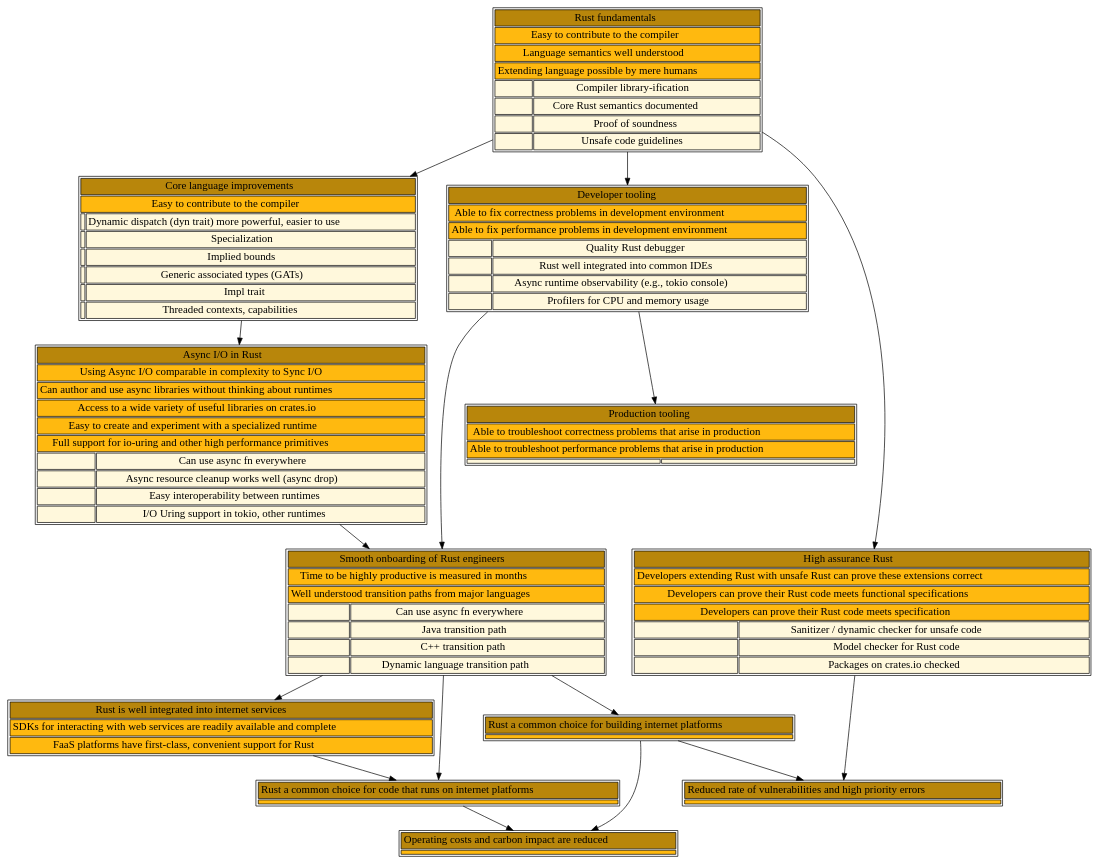
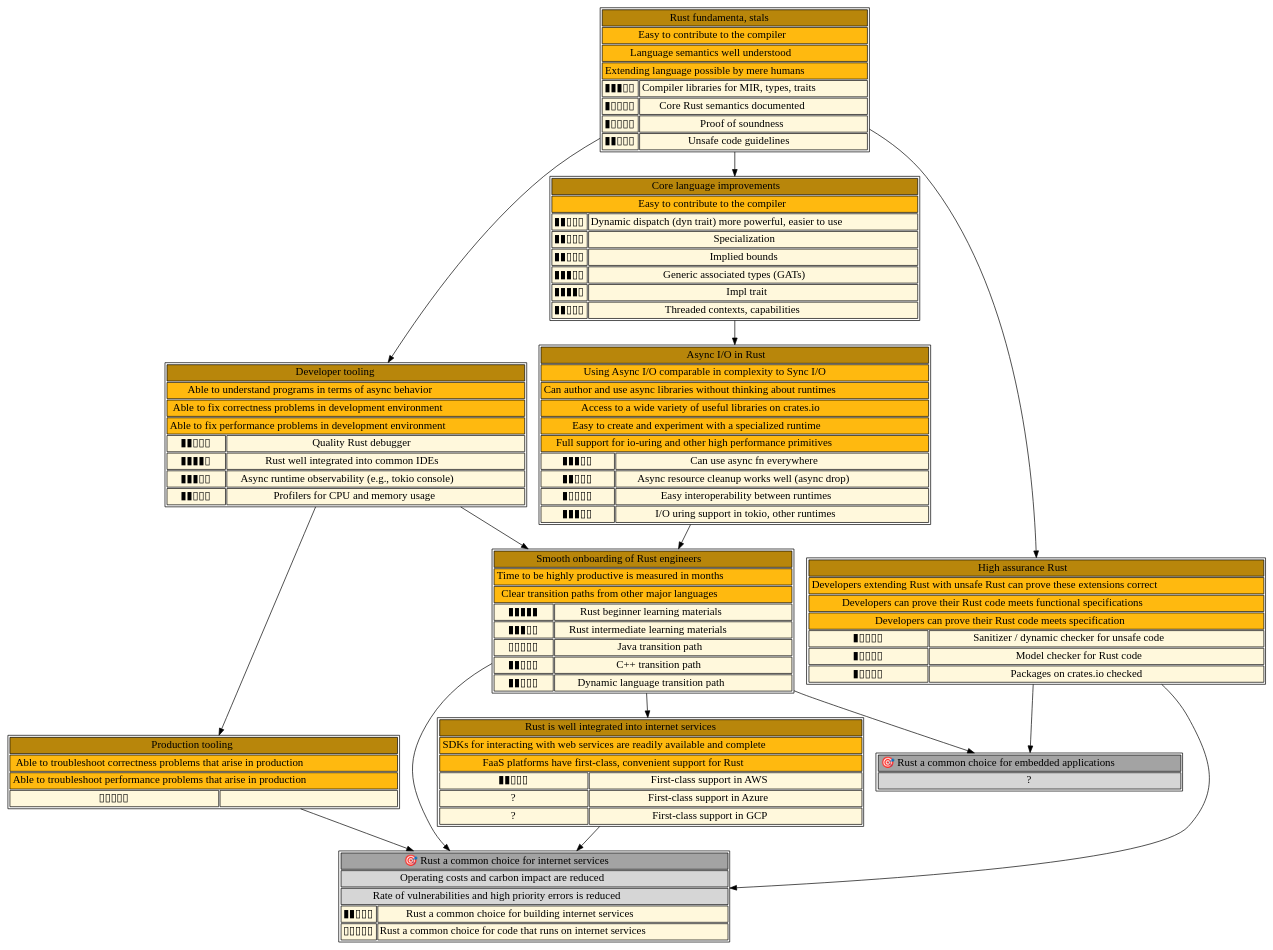
One commit to nikomatsakis/rust-skill-tree changed the diagram in rvd.dot. Above: the diagram before and after it, drawn with Graphviz. The commit also changed 2 other files, not shown here.

```diff
--- a/rvd.dot
+++ b/rvd.dot
@@ -1,154 +1,145 @@
 digraph g {
 graph [ rankdir = "TD" ];
 node [ fontsize="16", shape = "ellipse" ];
 edge [ ];
 "fundamentals" [
   label = <<table>
-    <tr><td bgcolor="darkgoldenrod" colspan="2">Rust fundamentals</td></tr>
+    <tr><td bgcolor="darkgoldenrod" colspan="2">Rust fundamenta, stals</td></tr>
     <tr><td bgcolor="darkgoldenrod1" colspan="2">Easy to contribute to the compiler</td></tr>
     <tr><td bgcolor="darkgoldenrod1" colspan="2">Language semantics well understood</td></tr>
     <tr><td bgcolor="darkgoldenrod1" colspan="2">Extending language possible by mere humans</td></tr>
-    <tr><td bgcolor="cornsilk"></td><td bgcolor="cornsilk">Compiler library-ification</td></tr>
-    <tr><td bgcolor="cornsilk"></td><td bgcolor="cornsilk">Core Rust semantics documented</td></tr>
-    <tr><td bgcolor="cornsilk"></td><td bgcolor="cornsilk">Proof of soundness</td></tr>
-    <tr><td bgcolor="cornsilk"></td><td bgcolor="cornsilk">Unsafe code guidelines</td></tr>
+    <tr><td bgcolor="cornsilk">▮▮▮▯▯</td><td bgcolor="cornsilk">Compiler libraries for MIR, types, traits</td></tr>
+    <tr><td bgcolor="cornsilk">▮▯▯▯▯</td><td bgcolor="cornsilk">Core Rust semantics documented</td></tr>
+    <tr><td bgcolor="cornsilk">▮▯▯▯▯</td><td bgcolor="cornsilk">Proof of soundness</td></tr>
+    <tr><td bgcolor="cornsilk">▮▮▯▯▯</td><td bgcolor="cornsilk">Unsafe code guidelines</td></tr>
   </table>>
   shape = "none"
   margin = 0
 ]
 "core-lang" [
   label = <<table>
     <tr><td bgcolor="darkgoldenrod" colspan="2">Core language improvements</td></tr>
     <tr><td bgcolor="darkgoldenrod1" colspan="2">Easy to contribute to the compiler</td></tr>
-    <tr><td bgcolor="cornsilk"></td><td bgcolor="cornsilk">Dynamic dispatch (dyn trait) more powerful, easier to use</td></tr>
-    <tr><td bgcolor="cornsilk"></td><td bgcolor="cornsilk">Specialization</td></tr>
-    <tr><td bgcolor="cornsilk"></td><td bgcolor="cornsilk">Implied bounds</td></tr>
-    <tr><td bgcolor="cornsilk"></td><td bgcolor="cornsilk">Generic associated types (GATs)</td></tr>
-    <tr><td bgcolor="cornsilk"></td><td bgcolor="cornsilk">Impl trait</td></tr>
-    <tr><td bgcolor="cornsilk"></td><td bgcolor="cornsilk">Threaded contexts, capabilities</td></tr>
+    <tr><td bgcolor="cornsilk">▮▮▯▯▯</td><td bgcolor="cornsilk">Dynamic dispatch (dyn trait) more powerful, easier to use</td></tr>
+    <tr><td bgcolor="cornsilk">▮▮▯▯▯</td><td bgcolor="cornsilk">Specialization</td></tr>
+    <tr><td bgcolor="cornsilk">▮▮▯▯▯</td><td bgcolor="cornsilk">Implied bounds</td></tr>
+    <tr><td bgcolor="cornsilk">▮▮▮▯▯</td><td bgcolor="cornsilk">Generic associated types (GATs)</td></tr>
+    <tr><td bgcolor="cornsilk">▮▮▮▮▯</td><td bgcolor="cornsilk">Impl trait</td></tr>
+    <tr><td bgcolor="cornsilk">▮▮▯▯▯</td><td bgcolor="cornsilk">Threaded contexts, capabilities</td></tr>
   </table>>
   shape = "none"
   margin = 0
 ]
 "async-lang" [
   label = <<table>
     <tr><td bgcolor="darkgoldenrod" colspan="2">Async I/O in Rust</td></tr>
     <tr><td bgcolor="darkgoldenrod1" colspan="2">Using Async I/O comparable in complexity to Sync I/O</td></tr>
     <tr><td bgcolor="darkgoldenrod1" colspan="2">Can author and use async libraries without thinking about runtimes</td></tr>
     <tr><td bgcolor="darkgoldenrod1" colspan="2">Access to a wide variety of useful libraries on crates.io</td></tr>
     <tr><td bgcolor="darkgoldenrod1" colspan="2">Easy to create and experiment with a specialized runtime</td></tr>
     <tr><td bgcolor="darkgoldenrod1" colspan="2">Full support for io-uring and other high performance primitives</td></tr>
-    <tr><td bgcolor="cornsilk"></td><td bgcolor="cornsilk">Can use async fn everywhere</td></tr>
-    <tr><td bgcolor="cornsilk"></td><td bgcolor="cornsilk">Async resource cleanup works well (async drop)</td></tr>
-    <tr><td bgcolor="cornsilk"></td><td bgcolor="cornsilk">Easy interoperability between runtimes</td></tr>
-    <tr><td bgcolor="cornsilk"></td><td bgcolor="cornsilk">I/O Uring support in tokio, other runtimes</td></tr>
+    <tr><td bgcolor="cornsilk">▮▮▮▯▯</td><td bgcolor="cornsilk">Can use async fn everywhere</td></tr>
+    <tr><td bgcolor="cornsilk">▮▮▯▯▯</td><td bgcolor="cornsilk">Async resource cleanup works well (async drop)</td></tr>
+    <tr><td bgcolor="cornsilk">▮▯▯▯▯</td><td bgcolor="cornsilk">Easy interoperability between runtimes</td></tr>
+    <tr><td bgcolor="cornsilk">▮▮▮▯▯</td><td bgcolor="cornsilk">I/O uring support in tokio, other runtimes</td></tr>
   </table>>
   shape = "none"
   margin = 0
 ]
 "onboarding-time" [
   label = <<table>
     <tr><td bgcolor="darkgoldenrod" colspan="2">Smooth onboarding of Rust engineers</td></tr>
     <tr><td bgcolor="darkgoldenrod1" colspan="2">Time to be highly productive is measured in months</td></tr>
-    <tr><td bgcolor="darkgoldenrod1" colspan="2">Well understood transition paths from major languages</td></tr>
-    <tr><td bgcolor="cornsilk"></td><td bgcolor="cornsilk">Can use async fn everywhere</td></tr>
-    <tr><td bgcolor="cornsilk"></td><td bgcolor="cornsilk">Java transition path</td></tr>
-    <tr><td bgcolor="cornsilk"></td><td bgcolor="cornsilk">C++ transition path</td></tr>
-    <tr><td bgcolor="cornsilk"></td><td bgcolor="cornsilk">Dynamic language transition path</td></tr>
+    <tr><td bgcolor="darkgoldenrod1" colspan="2">Clear transition paths from other major languages</td></tr>
+    <tr><td bgcolor="cornsilk">▮▮▮▮▮</td><td bgcolor="cornsilk">Rust beginner learning materials</td></tr>
+    <tr><td bgcolor="cornsilk">▮▮▮▯▯</td><td bgcolor="cornsilk">Rust intermediate learning materials</td></tr>
+    <tr><td bgcolor="cornsilk">▯▯▯▯▯</td><td bgcolor="cornsilk">Java transition path</td></tr>
+    <tr><td bgcolor="cornsilk">▮▮▯▯▯</td><td bgcolor="cornsilk">C++ transition path</td></tr>
+    <tr><td bgcolor="cornsilk">▮▮▯▯▯</td><td bgcolor="cornsilk">Dynamic language transition path</td></tr>
   </table>>
   shape = "none"
   margin = 0
 ]
 "dev-tooling" [
   label = <<table>
     <tr><td bgcolor="darkgoldenrod" colspan="2">Developer tooling</td></tr>
+    <tr><td bgcolor="darkgoldenrod1" colspan="2">Able to understand programs in terms of async behavior</td></tr>
     <tr><td bgcolor="darkgoldenrod1" colspan="2">Able to fix correctness problems in development environment</td></tr>
     <tr><td bgcolor="darkgoldenrod1" colspan="2">Able to fix performance problems in development environment</td></tr>
-    <tr><td bgcolor="cornsilk"></td><td bgcolor="cornsilk">Quality Rust debugger</td></tr>
-    <tr><td bgcolor="cornsilk"></td><td bgcolor="cornsilk">Rust well integrated into common IDEs</td></tr>
-    <tr><td bgcolor="cornsilk"></td><td bgcolor="cornsilk">Async runtime observability (e.g., tokio console)</td></tr>
-    <tr><td bgcolor="cornsilk"></td><td bgcolor="cornsilk">Profilers for CPU and memory usage</td></tr>
+    <tr><td bgcolor="cornsilk">▮▮▯▯▯</td><td bgcolor="cornsilk">Quality Rust debugger</td></tr>
+    <tr><td bgcolor="cornsilk">▮▮▮▮▯</td><td bgcolor="cornsilk">Rust well integrated into common IDEs</td></tr>
+    <tr><td bgcolor="cornsilk">▮▮▮▯▯</td><td bgcolor="cornsilk">Async runtime observability (e.g., tokio console)</td></tr>
+    <tr><td bgcolor="cornsilk">▮▮▯▯▯</td><td bgcolor="cornsilk">Profilers for CPU and memory usage</td></tr>
   </table>>
   shape = "none"
   margin = 0
 ]
 "prod-tooling" [
   label = <<table>
     <tr><td bgcolor="darkgoldenrod" colspan="2">Production tooling</td></tr>
     <tr><td bgcolor="darkgoldenrod1" colspan="2">Able to troubleshoot correctness problems that arise in production</td></tr>
     <tr><td bgcolor="darkgoldenrod1" colspan="2">Able to troubleshoot performance problems that arise in production</td></tr>
-    <tr><td bgcolor="cornsilk"></td><td bgcolor="cornsilk"></td></tr>
-  </table>>
-  shape = "none"
-  margin = 0
-]
-"building-internet-services" [
-  label = <<table>
-    <tr><td bgcolor="darkgoldenrod" colspan="2">Rust a common choice for building internet platforms</td></tr>
-    <tr><td bgcolor="darkgoldenrod1" colspan="2"></td></tr>
-  </table>>
-  shape = "none"
-  margin = 0
-]
-"well-integrated-into-internet-services" [
-  label = <<table>
-    <tr><td bgcolor="darkgoldenrod" colspan="2">Rust is well integrated into internet services</td></tr>
-    <tr><td bgcolor="darkgoldenrod1" colspan="2">SDKs for interacting with web services are readily available and complete</td></tr>
-    <tr><td bgcolor="darkgoldenrod1" colspan="2">FaaS platforms have first-class, convenient support for Rust</td></tr>
-  </table>>
-  shape = "none"
-  margin = 0
-]
-"using-internet-services" [
-  label = <<table>
-    <tr><td bgcolor="darkgoldenrod" colspan="2">Rust a common choice for code that runs on internet platforms</td></tr>
-    <tr><td bgcolor="darkgoldenrod1" colspan="2"></td></tr>
-  </table>>
-  shape = "none"
-  margin = 0
-]
-"reduced-operating-costs" [
-  label = <<table>
-    <tr><td bgcolor="darkgoldenrod" colspan="2">Operating costs and carbon impact are reduced</td></tr>
-    <tr><td bgcolor="darkgoldenrod1" colspan="2"></td></tr>
+    <tr><td bgcolor="cornsilk">▯▯▯▯▯</td><td bgcolor="cornsilk"></td></tr>
   </table>>
   shape = "none"
   margin = 0
 ]
 "high-assurance" [
   label = <<table>
     <tr><td bgcolor="darkgoldenrod" colspan="2">High assurance Rust</td></tr>
     <tr><td bgcolor="darkgoldenrod1" colspan="2">Developers extending Rust with unsafe Rust can prove these extensions correct</td></tr>
     <tr><td bgcolor="darkgoldenrod1" colspan="2">Developers can prove their Rust code meets functional specifications</td></tr>
     <tr><td bgcolor="darkgoldenrod1" colspan="2">Developers can prove their Rust code meets specification</td></tr>
-    <tr><td bgcolor="cornsilk"></td><td bgcolor="cornsilk">Sanitizer / dynamic checker for unsafe code</td></tr>
-    <tr><td bgcolor="cornsilk"></td><td bgcolor="cornsilk">Model checker for Rust code</td></tr>
-    <tr><td bgcolor="cornsilk"></td><td bgcolor="cornsilk">Packages on crates.io checked</td></tr>
+    <tr><td bgcolor="cornsilk">▮▯▯▯▯</td><td bgcolor="cornsilk">Sanitizer / dynamic checker for unsafe code</td></tr>
+    <tr><td bgcolor="cornsilk">▮▯▯▯▯</td><td bgcolor="cornsilk">Model checker for Rust code</td></tr>
+    <tr><td bgcolor="cornsilk">▮▯▯▯▯</td><td bgcolor="cornsilk">Packages on crates.io checked</td></tr>
   </table>>
   shape = "none"
   margin = 0
 ]
-"reduced-vulnerabilities" [
+"well-integrated-into-internet-services" [
   label = <<table>
-    <tr><td bgcolor="darkgoldenrod" colspan="2">Reduced rate of vulnerabilities and high priority errors</td></tr>
-    <tr><td bgcolor="darkgoldenrod1" colspan="2"></td></tr>
+    <tr><td bgcolor="darkgoldenrod" colspan="2">Rust is well integrated into internet services</td></tr>
+    <tr><td bgcolor="darkgoldenrod1" colspan="2">SDKs for interacting with web services are readily available and complete</td></tr>
+    <tr><td bgcolor="darkgoldenrod1" colspan="2">FaaS platforms have first-class, convenient support for Rust</td></tr>
+    <tr><td bgcolor="cornsilk">▮▮▯▯▯</td><td bgcolor="cornsilk">First-class support in AWS</td></tr>
+    <tr><td bgcolor="cornsilk">?</td><td bgcolor="cornsilk">First-class support in Azure</td></tr>
+    <tr><td bgcolor="cornsilk">?</td><td bgcolor="cornsilk">First-class support in GCP</td></tr>
+  </table>>
+  shape = "none"
+  margin = 0
+]
+"goal-internet-services" [
+  label = <<table>
+    <tr><td bgcolor="gray64" colspan="2">🎯 Rust a common choice for internet services</td></tr>
+    <tr><td bgcolor="gray84" colspan="2">Operating costs and carbon impact are reduced</td></tr>
+    <tr><td bgcolor="gray84" colspan="2">Rate of vulnerabilities and high priority errors is reduced</td></tr>
+    <tr><td bgcolor="cornsilk">▮▮▯▯▯</td><td bgcolor="cornsilk">Rust a common choice for building internet services</td></tr>
+    <tr><td bgcolor="cornsilk">▯▯▯▯▯</td><td bgcolor="cornsilk">Rust a common choice for code that runs on internet services</td></tr>
+  </table>>
+  shape = "none"
+  margin = 0
+]
+"goal-embedded" [
+  label = <<table>
+    <tr><td bgcolor="gray64" colspan="2">🎯 Rust a common choice for embedded applications</td></tr>
+    <tr><td bgcolor="gray84" colspan="2">?</td></tr>
   </table>>
   shape = "none"
   margin = 0
 ]
 "fundamentals" -> "core-lang";
 "core-lang" -> "async-lang";
 "dev-tooling" -> "onboarding-time";
 "async-lang" -> "onboarding-time";
 "fundamentals" -> "dev-tooling";
 "dev-tooling" -> "prod-tooling";
-"onboarding-time" -> "building-internet-services";
+"fundamentals" -> "high-assurance";
 "onboarding-time" -> "well-integrated-into-internet-services";
-"onboarding-time" -> "using-internet-services";
-"well-integrated-into-internet-services" -> "using-internet-services";
-"using-internet-services" -> "reduced-operating-costs";
-"building-internet-services" -> "reduced-operating-costs";
-"fundamentals" -> "high-assurance";
-"high-assurance" -> "reduced-vulnerabilities";
-"building-internet-services" -> "reduced-vulnerabilities";
+"onboarding-time" -> "goal-internet-services";
+"well-integrated-into-internet-services" -> "goal-internet-services";
+"prod-tooling" -> "goal-internet-services";
+"high-assurance" -> "goal-internet-services";
+"onboarding-time" -> "goal-embedded";
+"high-assurance" -> "goal-embedded";
 }
```
